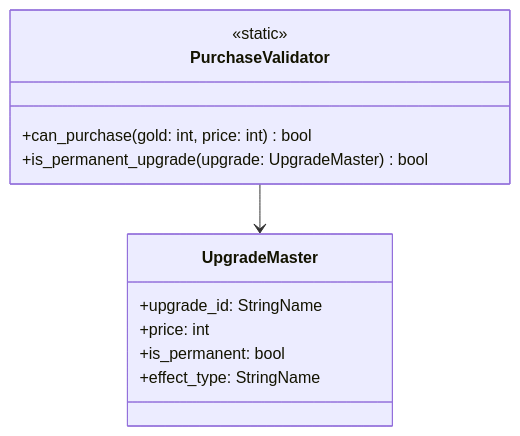
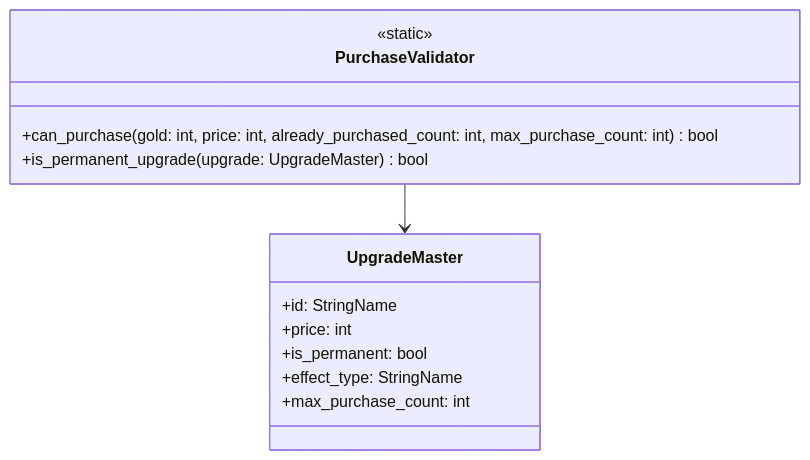
One commit to yaguma/alchemy-atelier changed the fourth of 6 diagrams in docs/design/atelier-alchemy-core/core-systems.md. Above: the diagram before and after it, drawn with Mermaid. The commit also changed other lines of this file and 12 other files, not shown here.

````diff
--- a/docs/design/atelier-alchemy-core/core-systems.md
+++ b/docs/design/atelier-alchemy-core/core-systems.md
@@ -198,16 +217,17 @@
 ```mermaid
 classDiagram
     class PurchaseValidator {
         <<static>>
-        +can_purchase(gold: int, price: int) bool
+        +can_purchase(gold: int, price: int, already_purchased_count: int, max_purchase_count: int) bool
         +is_permanent_upgrade(upgrade: UpgradeMaster) bool
     }
     class UpgradeMaster {
-        +upgrade_id: StringName
+        +id: StringName
         +price: int
         +is_permanent: bool
         +effect_type: StringName
+        +max_purchase_count: int
     }
 
     PurchaseValidator --> UpgradeMaster
 ```
````
